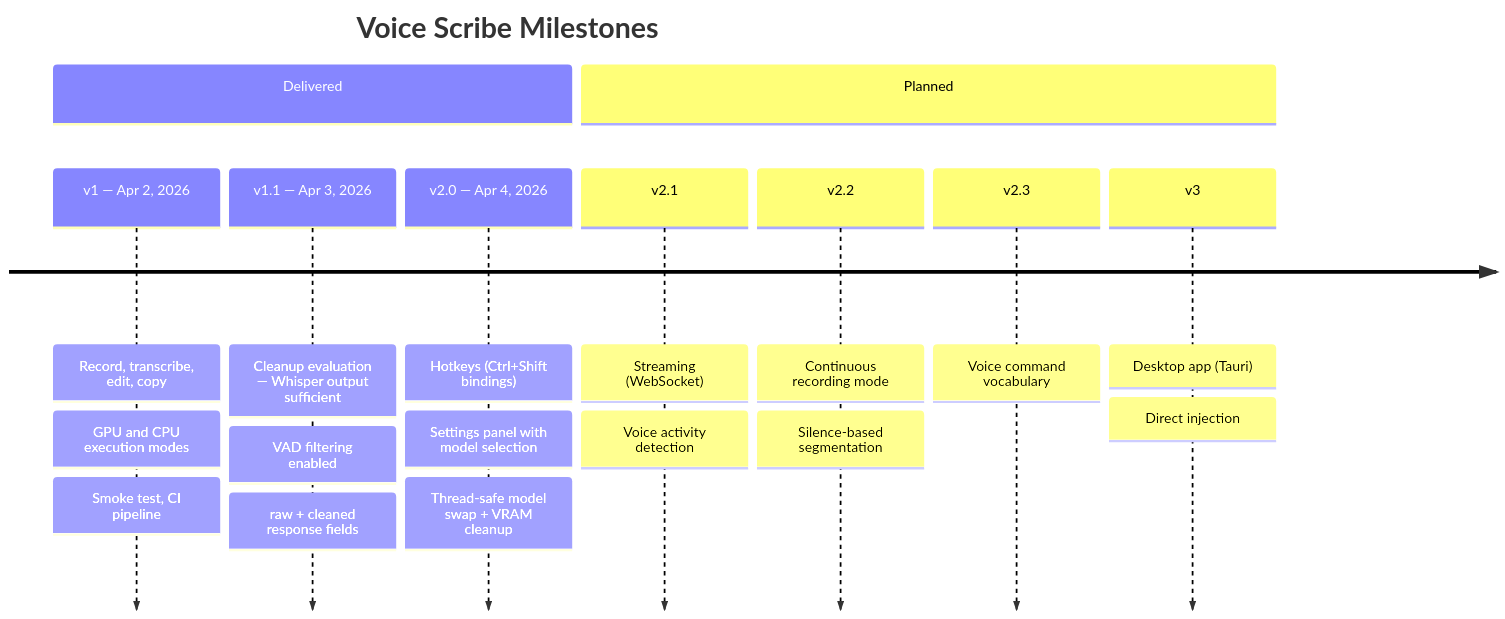
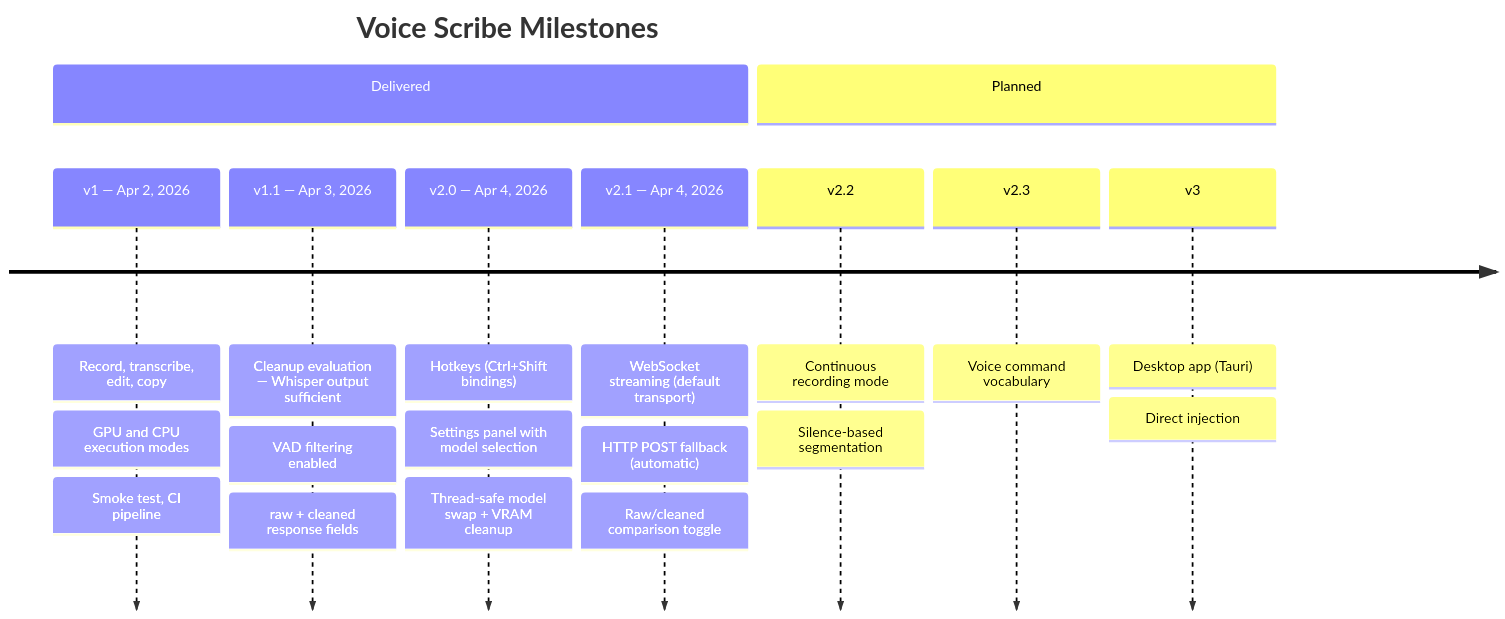
The diagram in docs/diagrams/milestone-timeline.mmd (JohnYanez95/voice-scribe), drawn with Mermaid before and after one commit. The commit also changed 2 other files, not shown here.

```diff
--- a/docs/diagrams/milestone-timeline.mmd
+++ b/docs/diagrams/milestone-timeline.mmd
@@ -1,27 +1,28 @@
 timeline
     title Voice Scribe Milestones
     section Delivered
         v1 — Apr 2, 2026
             : Record, transcribe, edit, copy
             : GPU and CPU execution modes
             : Smoke test, CI pipeline
         v1.1 — Apr 3, 2026
             : Cleanup evaluation — Whisper output sufficient
             : VAD filtering enabled
             : raw + cleaned response fields
         v2.0 — Apr 4, 2026
             : Hotkeys (Ctrl+Shift bindings)
             : Settings panel with model selection
             : Thread-safe model swap + VRAM cleanup
+        v2.1 — Apr 4, 2026
+            : WebSocket streaming (default transport)
+            : HTTP POST fallback (automatic)
+            : Raw/cleaned comparison toggle
     section Planned
-        v2.1
-            : Streaming (WebSocket)
-            : Voice activity detection
         v2.2
             : Continuous recording mode
             : Silence-based segmentation
         v2.3
             : Voice command vocabulary
         v3
             : Desktop app (Tauri)
             : Direct injection
```
